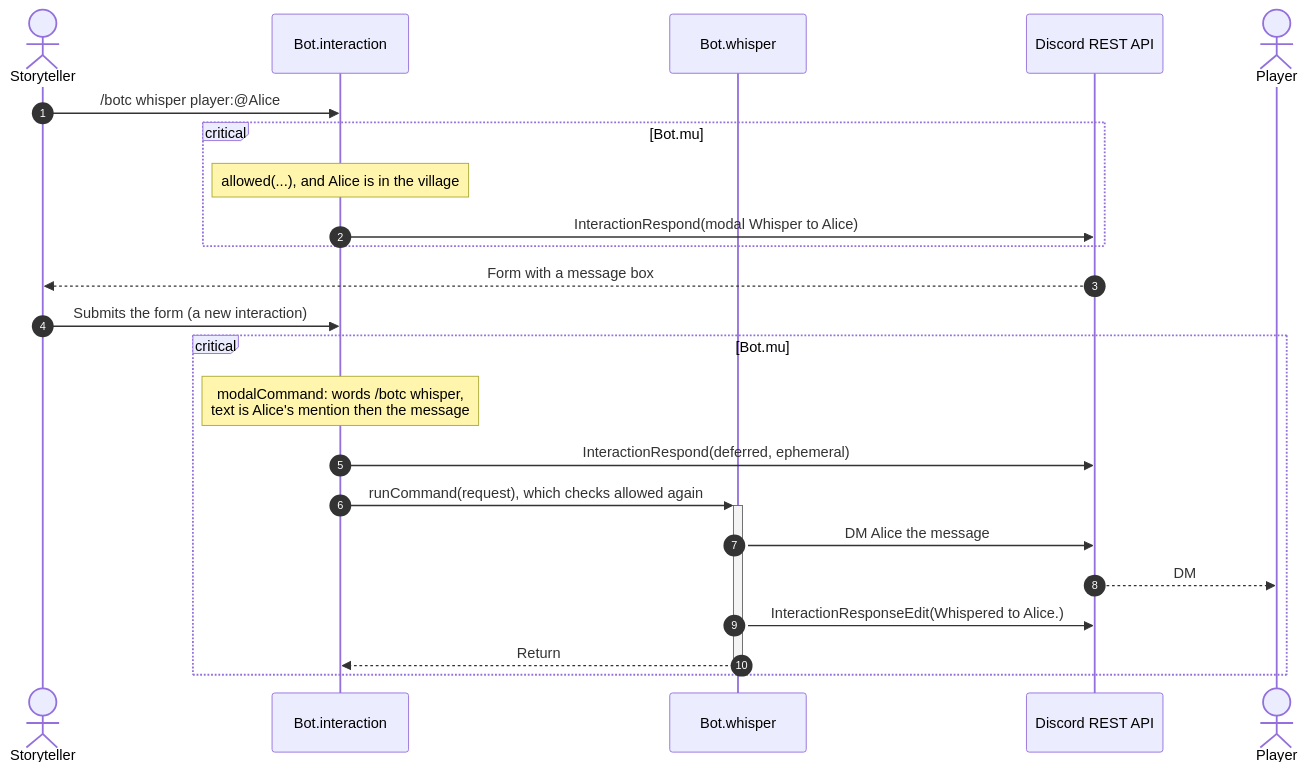
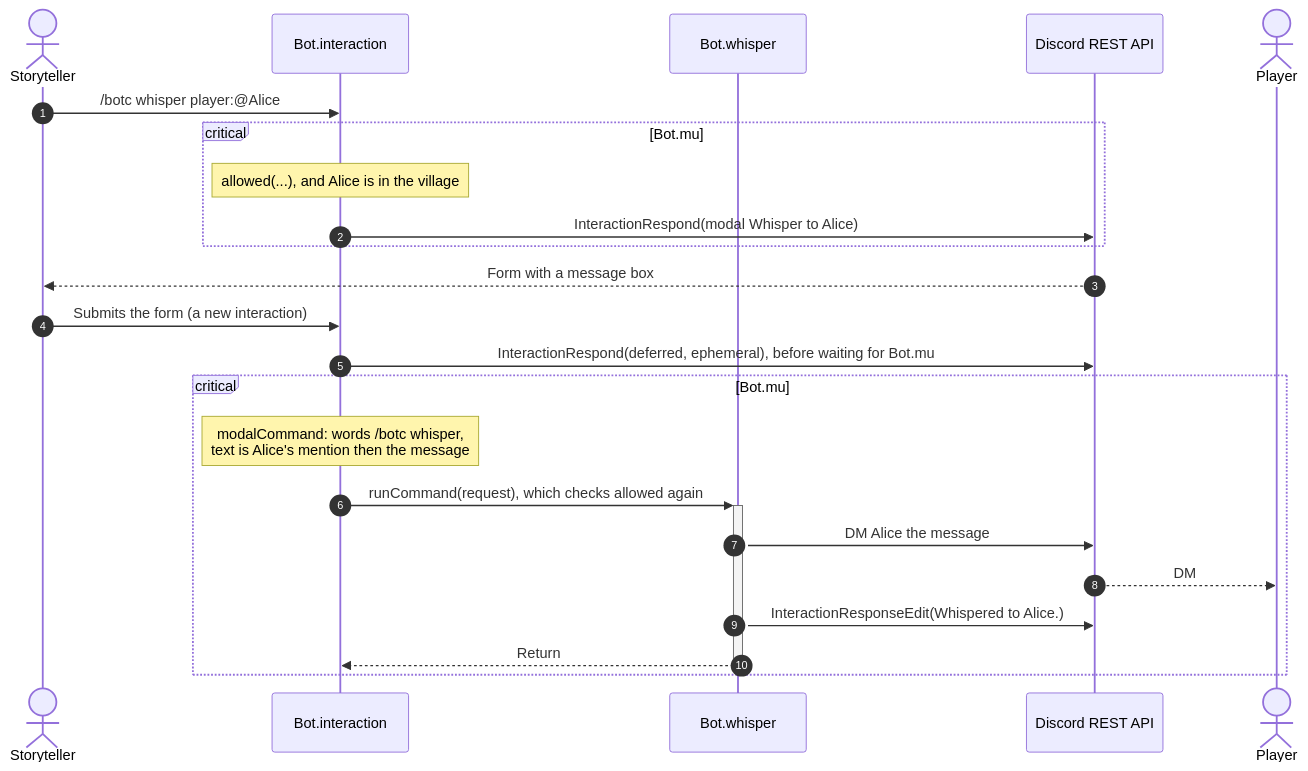
Before and after one commit to RAGNOARAKNOS/BotOnTheClocktower: the fifth of 6 diagrams in docs/uml/command-dispatch.md, drawn with Mermaid. The commit also changed other lines of this file and 32 other files, not shown here.

````diff
--- a/docs/uml/command-dispatch.md
+++ b/docs/uml/command-dispatch.md
@@ -165,26 +164,26 @@
 ```mermaid
 sequenceDiagram
     autonumber
     actor ST as Storyteller
     participant Bot as Bot.interaction
     participant Handler as Bot.whisper
     participant REST as Discord REST API
     actor Player
 
     ST->>Bot: /botc whisper player:@Alice
     critical Bot.mu
         Note over Bot: allowed(...), and Alice is in the village
         Bot->>REST: InteractionRespond(modal Whisper to Alice)
     end
     REST-->>ST: Form with a message box
     ST->>Bot: Submits the form (a new interaction)
+    Bot->>REST: InteractionRespond(deferred, ephemeral), before waiting for Bot.mu
     critical Bot.mu
         Note over Bot: modalCommand: words /botc whisper,<br/>text is Alice's mention then the message
-        Bot->>REST: InteractionRespond(deferred, ephemeral)
         Bot->>+Handler: runCommand(request), which checks allowed again
         Handler->>REST: DM Alice the message
         REST-->>Player: DM
         Handler->>REST: InteractionResponseEdit(Whispered to Alice.)
         Handler-->>-Bot: Return
     end
 ```
````
